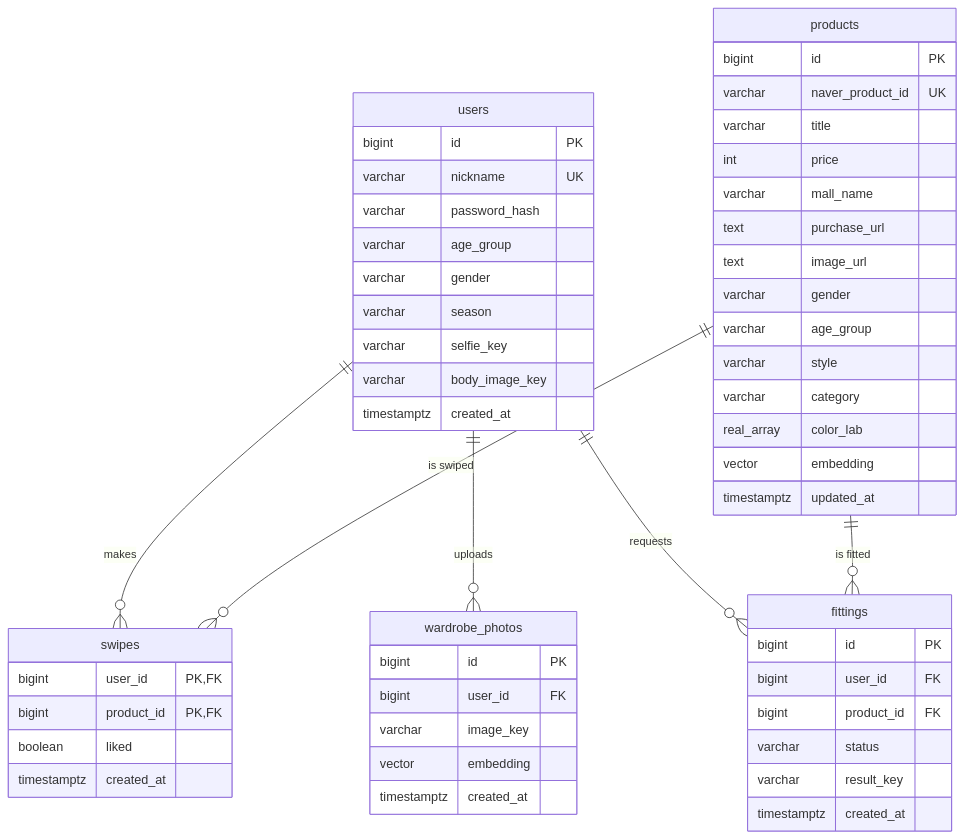
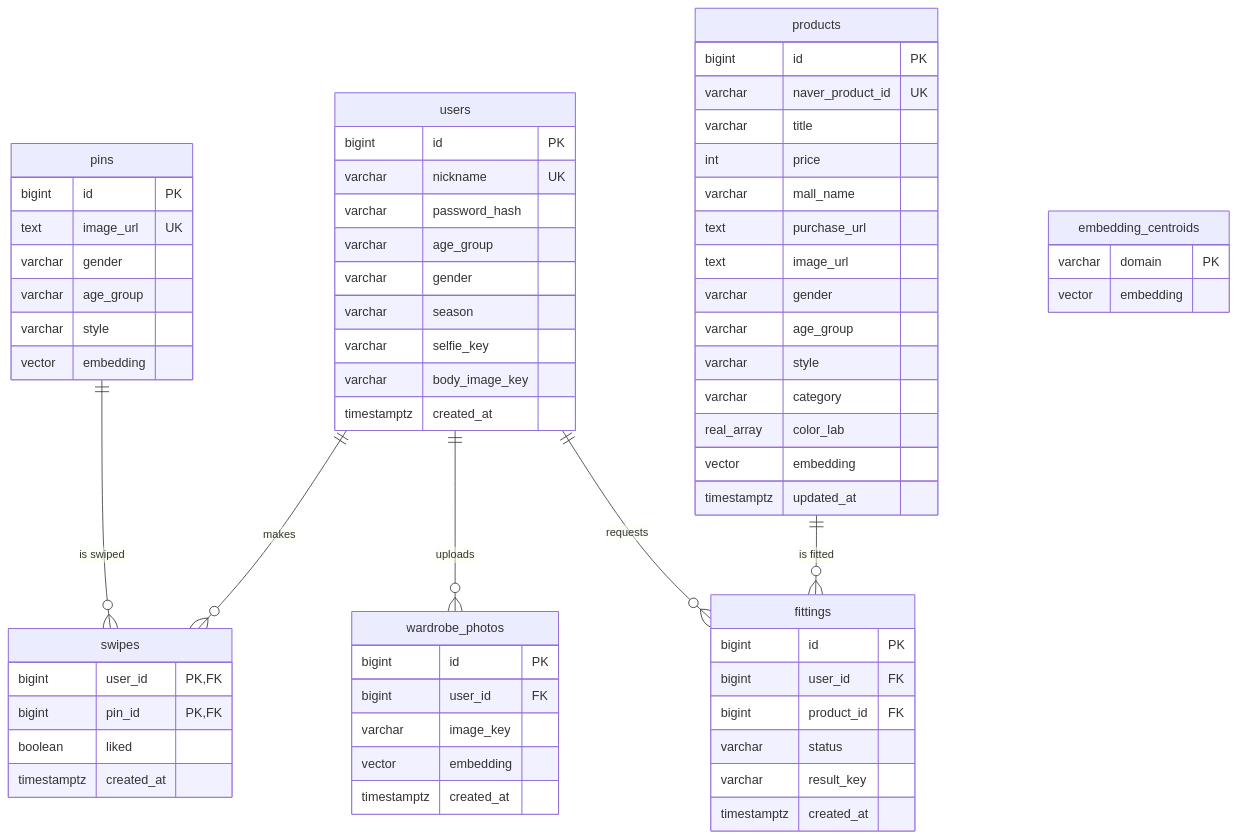
The diagram in project-all-docs/erd.md (najunho04/youcam-project), drawn with Mermaid before and after one commit. The commit also changed other lines of this file and 21 other files, not shown here.

````diff
--- a/project-all-docs/erd.md
+++ b/project-all-docs/erd.md
@@ -7,57 +7,69 @@
 ```mermaid
 erDiagram
   users ||--o{ swipes : makes
   users ||--o{ wardrobe_photos : uploads
   users ||--o{ fittings : requests
-  products ||--o{ swipes : "is swiped"
+  pins ||--o{ swipes : "is swiped"
   products ||--o{ fittings : "is fitted"
 
   users {
     bigint id PK
     varchar nickname UK
     varchar password_hash
     varchar age_group
     varchar gender
     varchar season
     varchar selfie_key
     varchar body_image_key
     timestamptz created_at
   }
   products {
     bigint id PK
     varchar naver_product_id UK
     varchar title
     int price
     varchar mall_name
     text purchase_url
     text image_url
     varchar gender
     varchar age_group
     varchar style
     varchar category
     real_array color_lab
     vector embedding
     timestamptz updated_at
   }
+  pins {
+    bigint id PK
+    text image_url UK
+    varchar gender
+    varchar age_group
+    varchar style
+    vector embedding
+  }
+  embedding_centroids {
+    varchar domain PK
+    vector embedding
+  }
   swipes {
     bigint user_id PK,FK
-    bigint product_id PK,FK
+    bigint pin_id PK,FK
     boolean liked
     timestamptz created_at
   }
   wardrobe_photos {
     bigint id PK
     bigint user_id FK
     varchar image_key
     vector embedding
     timestamptz created_at
   }
   fittings {
     bigint id PK
     bigint user_id FK
     bigint product_id FK
     varchar status
     varchar result_key
     timestamptz created_at
   }
 ```
````
